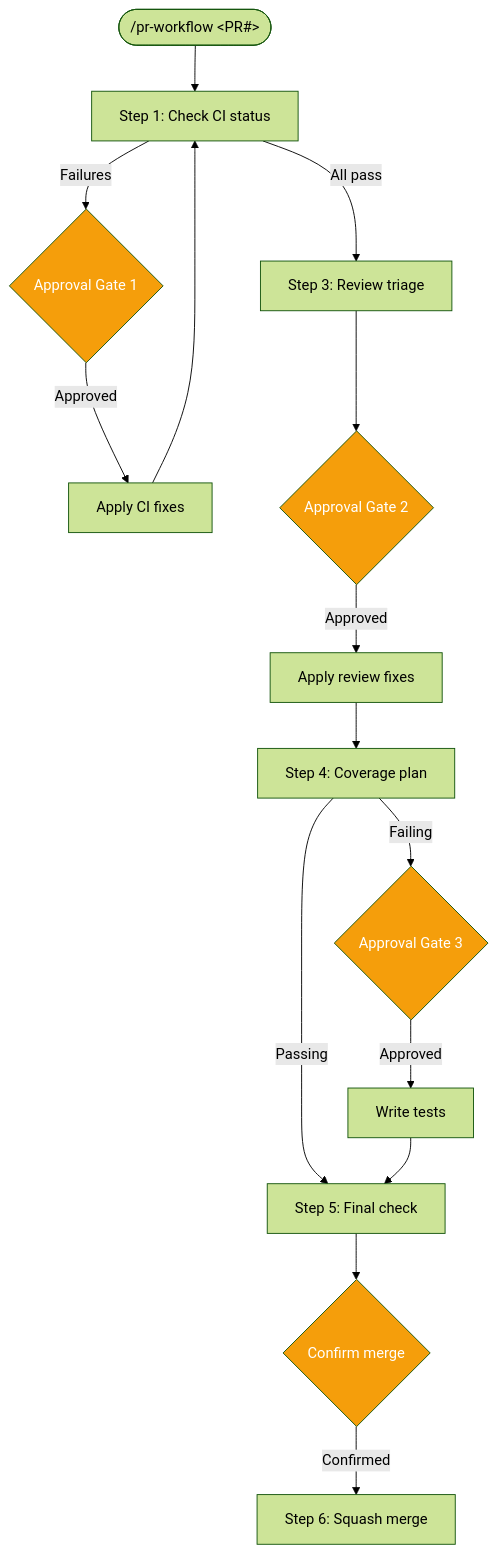
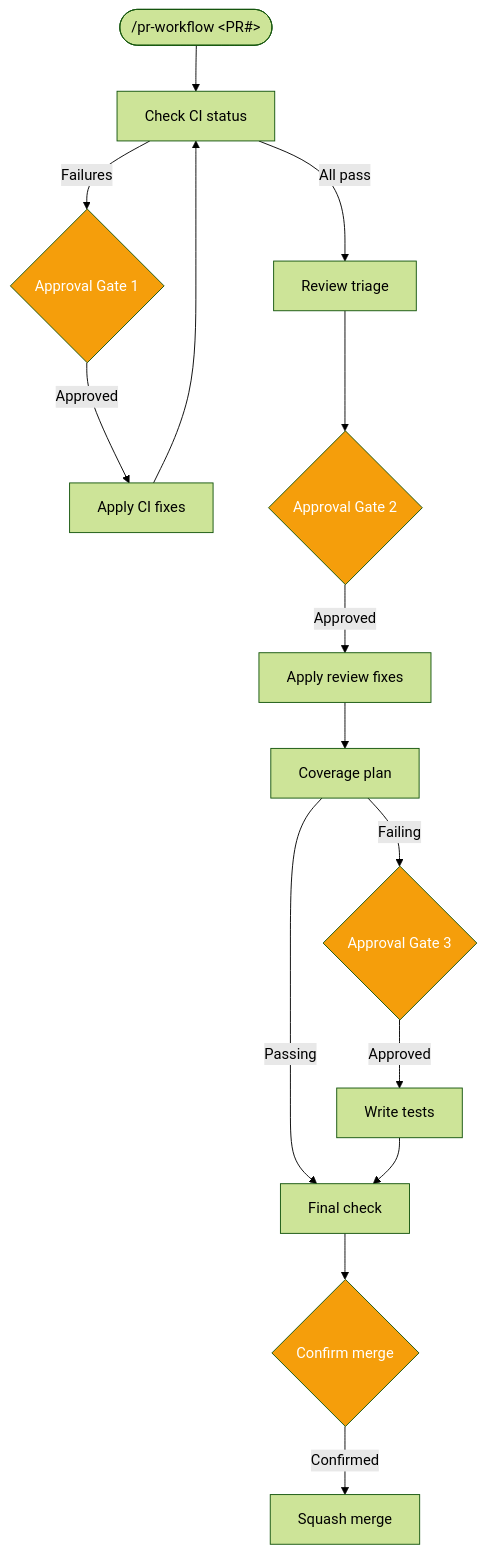
Before and after one commit to theuselessai/Pipelit: the diagram in docs-site/docs/tutorials/pr-workflow-skill.md, drawn with Mermaid (forest theme). The commit also changed other lines of this file and 2 other files, not shown here.

Commit message:
fix(docs): address Gito review issues #2-#7
- Fix vendor-neutral terminology (Claude Code -> AI-powered)
- Fix broken skills link path
- Remove step numbers from flowchart to avoid mismatch
- Fix incorrect step reference in tutorial
- Fix approval gate count (3 -> 4)

````diff
--- a/docs-site/docs/tutorials/pr-workflow-skill.md
+++ b/docs-site/docs/tutorials/pr-workflow-skill.md
@@ -24,22 +24,22 @@
 ```mermaid
 flowchart TD
-    Start(["/pr-workflow &lt;PR#&gt;"]) --> CI[Step 1: Check CI status]
-    CI -->|All pass| Review[Step 3: Review triage]
+    Start(["/pr-workflow &lt;PR#&gt;"]) --> CI[Check CI status]
+    CI -->|All pass| Review[Review triage]
     CI -->|Failures| Gate1{Approval Gate 1}
     Gate1 -->|Approved| Fix[Apply CI fixes]
     Fix --> CI
     Review --> Gate2{Approval Gate 2}
     Gate2 -->|Approved| FixReview[Apply review fixes]
-    FixReview --> Coverage[Step 4: Coverage plan]
-    Coverage -->|Passing| Final[Step 5: Final check]
+    FixReview --> Coverage[Coverage plan]
+    Coverage -->|Passing| Final[Final check]
     Coverage -->|Failing| Gate3{Approval Gate 3}
     Gate3 -->|Approved| WriteTests[Write tests]
     WriteTests --> Final
     Final --> Gate4{Confirm merge}
-    Gate4 -->|Confirmed| Merge[Step 6: Squash merge]
+    Gate4 -->|Confirmed| Merge[Squash merge]
 
     style Gate1 fill:#f59e0b,color:white
     style Gate2 fill:#f59e0b,color:white
     style Gate3 fill:#f59e0b,color:white
     style Gate4 fill:#f59e0b,color:white
 ```
````
